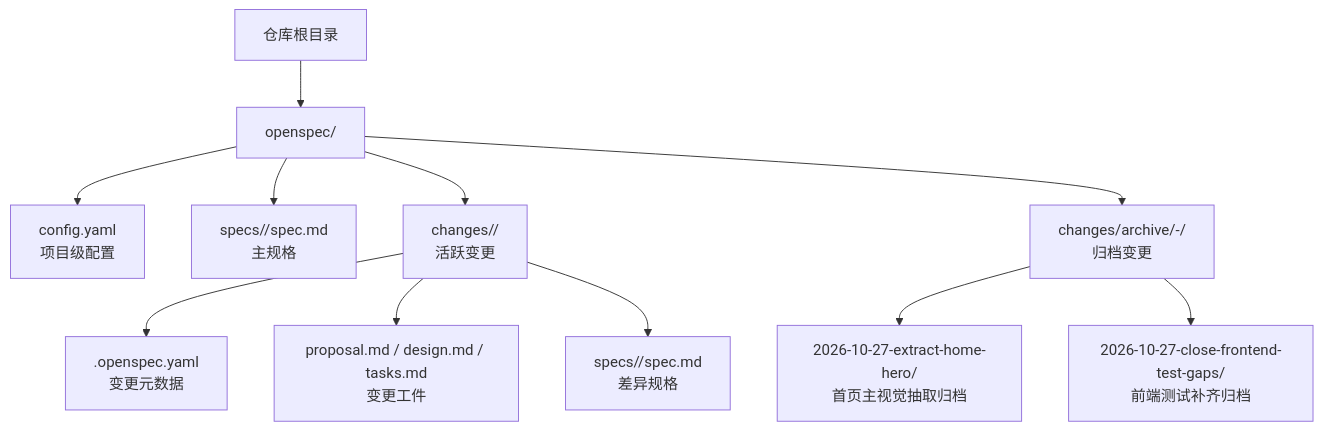
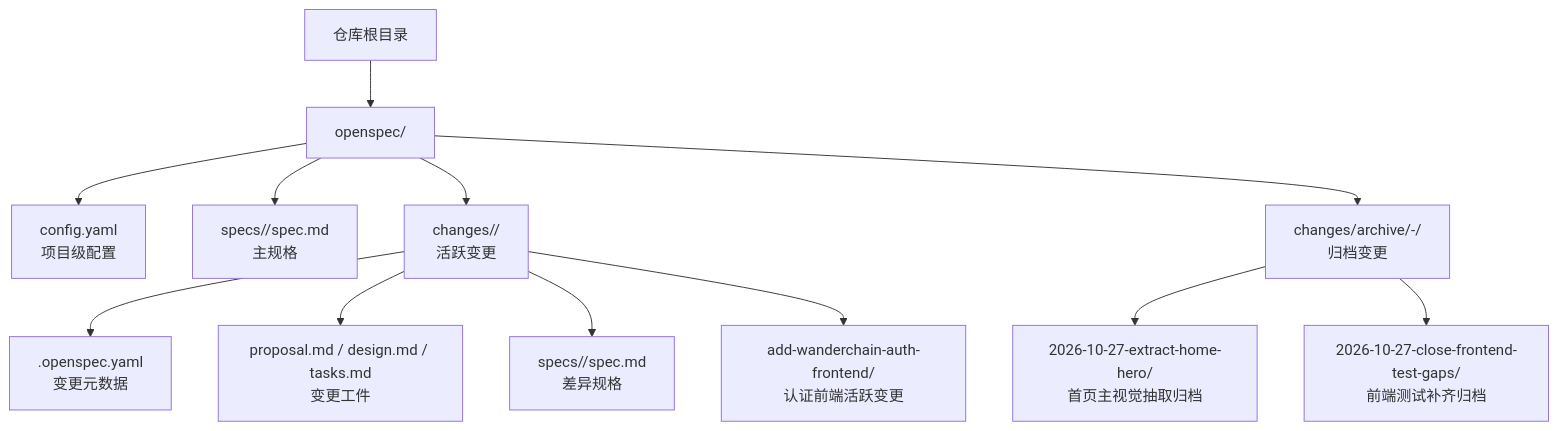
One commit to luyitiger6/my-first-project changed the first of 11 diagrams in .qoder/repowiki/zh/content/规格驱动开发/OpenSpec 工具使用.md. Above: the diagram before and after it, drawn with Mermaid. The commit also changed other lines of this file and 34 other files, not shown here.

````diff
--- a/.qoder/repowiki/zh/content/规格驱动开发/OpenSpec 工具使用.md
+++ b/.qoder/repowiki/zh/content/规格驱动开发/OpenSpec 工具使用.md
@@ -58,13 +53,14 @@
 ```mermaid
 graph TB
 Root["仓库根目录"] --> ORoot["openspec/"]
 ORoot --> Config["config.yaml<br/>项目级配置"]
 ORoot --> Specs["specs/<capability>/spec.md<br/>主规格"]
 ORoot --> Changes["changes/<change-name>/<br/>活跃变更"]
 Changes --> ChangeMeta[".openspec.yaml<br/>变更元数据"]
 Changes --> Artifacts["proposal.md / design.md / tasks.md<br/>变更工件"]
 Changes --> DeltaSpecs["specs/<capability>/spec.md<br/>差异规格"]
 ORoot --> Archive["changes/archive/<date>-<name>/<br/>归档变更"]
 Archive --> ExtractHero["2026-10-27-extract-home-hero/<br/>首页主视觉抽取归档"]
 Archive --> TestGaps["2026-10-27-close-frontend-test-gaps/<br/>前端测试补齐归档"]
+Changes --> AuthFrontend["add-wanderchain-auth-frontend/<br/>认证前端活跃变更"]
 ```
````
